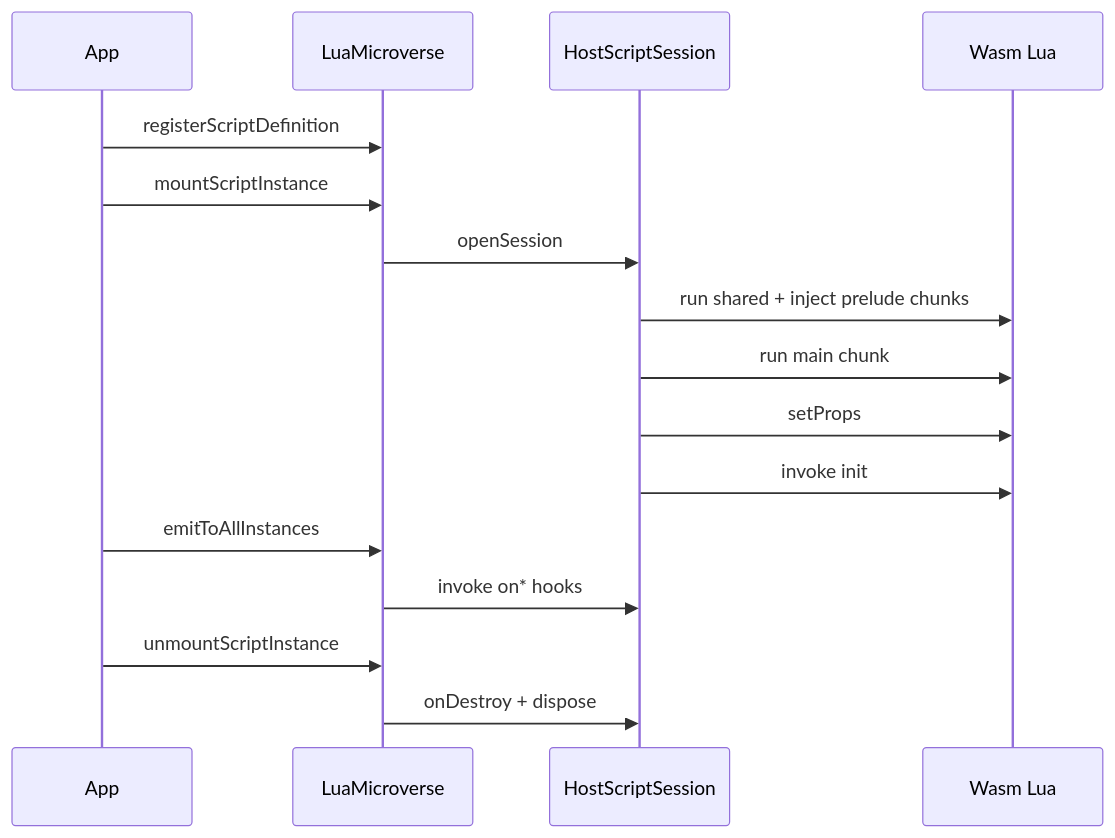
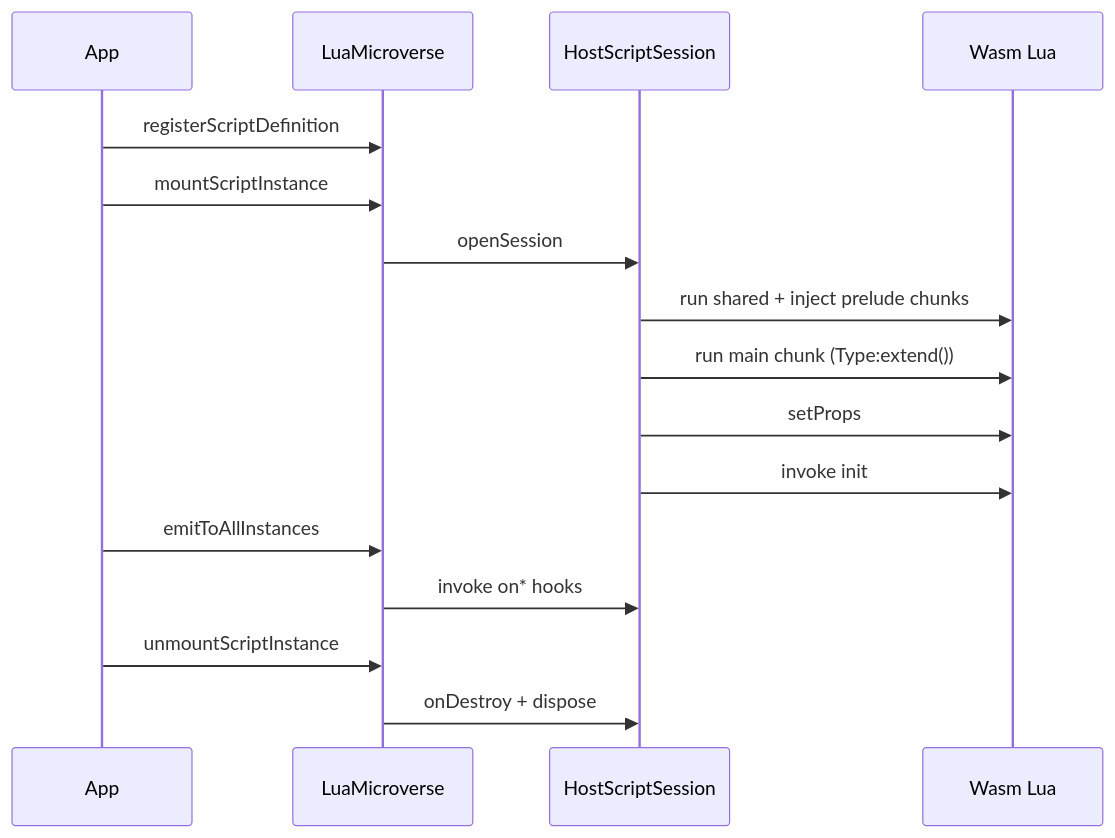
Before and after one commit to QADRAX/Microverse.ts: the diagram in packages/microverse-lua/README.md, drawn with Mermaid. The commit also changed other lines of this file and 106 other files, not shown here.

````diff
--- a/packages/microverse-lua/README.md
+++ b/packages/microverse-lua/README.md
@@ -56,19 +57,19 @@
 ```mermaid
 sequenceDiagram
   participant App
   participant MV as LuaMicroverse
   participant Session as HostScriptSession
   participant VM as Wasm Lua
 
   App->>MV: registerScriptDefinition
   App->>MV: mountScriptInstance
   MV->>Session: openSession
   Session->>VM: run shared + inject prelude chunks
-  Session->>VM: run main chunk
+  Session->>VM: run main chunk (Type:extend())
   Session->>VM: setProps
   Session->>VM: invoke init
   App->>MV: emitToAllInstances
   MV->>Session: invoke on* hooks
   App->>MV: unmountScriptInstance
   MV->>Session: onDestroy + dispose
 ```
````
